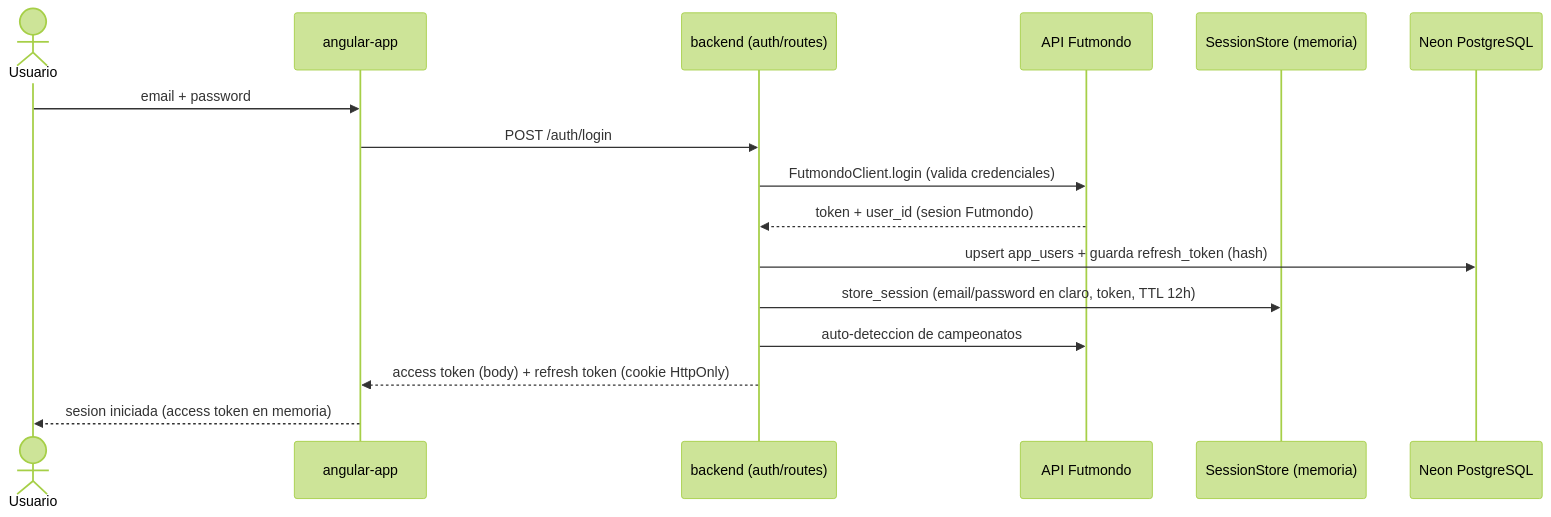
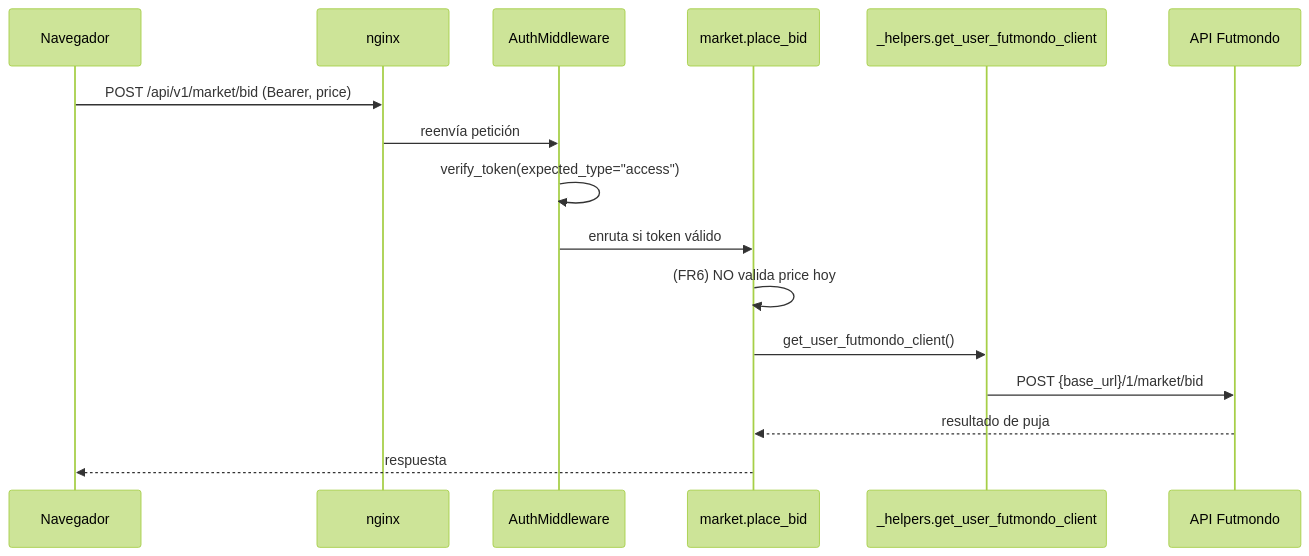
Before and after one commit to Mutinho/futmondo-analytics: the second of 3 diagrams in aidlc/spaces/default/codekb/futmondo-analytics/architecture.md, drawn with Mermaid (forest theme). The commit also changed other lines of this file and 55 other files, not shown here.

````diff
--- a/aidlc/spaces/default/codekb/futmondo-analytics/architecture.md
+++ b/aidlc/spaces/default/codekb/futmondo-analytics/architecture.md
@@ -98,18 +64,19 @@
 ```mermaid
 sequenceDiagram
-  actor U as Usuario
-  participant FE as angular-app
-  participant BE as backend (auth/routes)
-  participant FM as API Futmondo
-  participant SS as SessionStore (memoria)
-  participant DB as Neon PostgreSQL
-  U->>FE: email + password
-  FE->>BE: POST /auth/login
-  BE->>FM: FutmondoClient.login (valida credenciales)
-  FM-->>BE: token + user_id (sesion Futmondo)
-  BE->>DB: upsert app_users + guarda refresh_token (hash)
-  BE->>SS: store_session (email/password en claro, token, TTL 12h)
-  BE->>FM: auto-deteccion de campeonatos
-  BE-->>FE: access token (body) + refresh token (cookie HttpOnly)
-  FE-->>U: sesion iniciada (access token en memoria)
+    participant U as Navegador
+    participant N as nginx
+    participant MW as AuthMiddleware
+    participant M as market.place_bid
+    participant H as _helpers.get_user_futmondo_client
+    participant F as API Futmondo
+
+    U->>N: POST /api/v1/market/bid (Bearer, price)
+    N->>MW: reenvía petición
+    MW->>MW: verify_token(expected_type="access")
+    MW->>M: enruta si token válido
+    M->>M: (FR6) NO valida price hoy
+    M->>H: get_user_futmondo_client()
+    H->>F: POST {base_url}/1/market/bid
+    F-->>M: resultado de puja
+    M-->>U: respuesta
 ```
````
